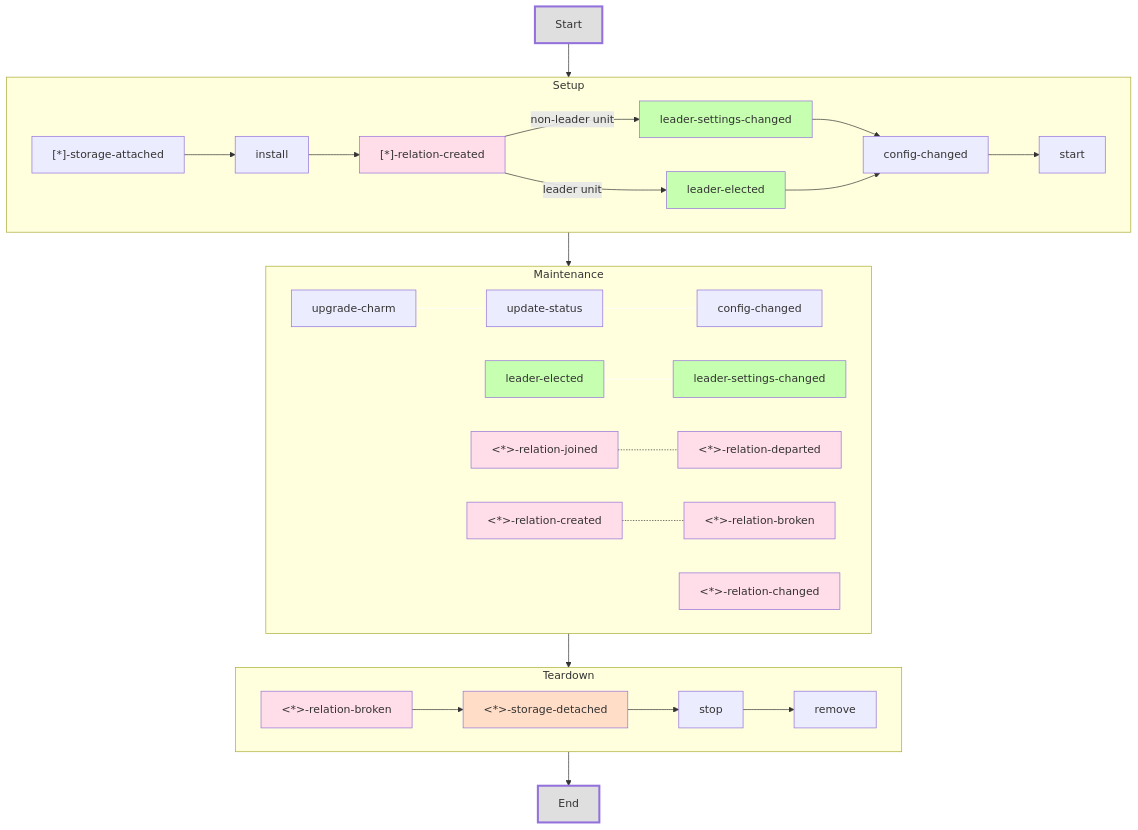
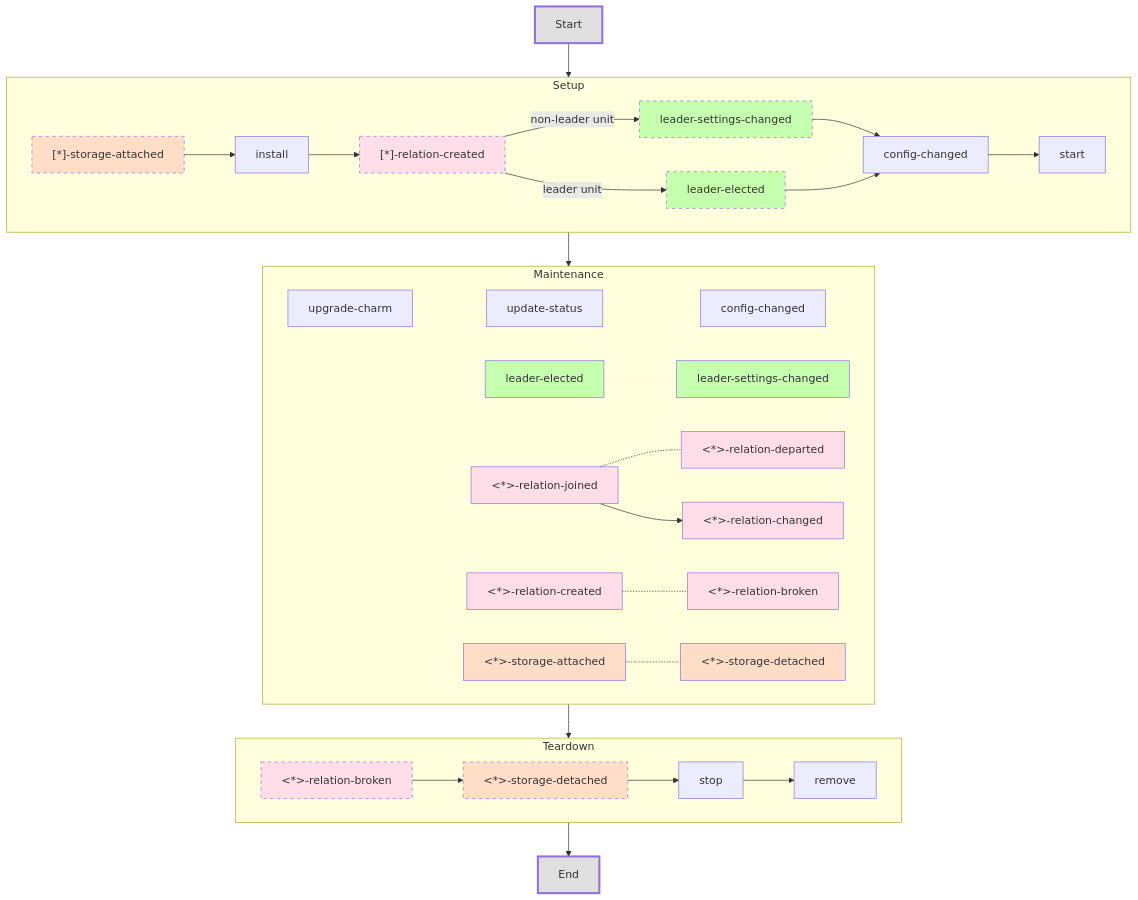
Before and after one commit to canonical/charm-events: the first of 2 diagrams in README.md, drawn with Mermaid. The commit also changed other lines of this file, not shown here.

````diff
--- a/README.md
+++ b/README.md
@@ -5,45 +5,50 @@
 ```mermaid
 flowchart TD
     subgraph Setup
-        storage_attached["[*]-storage-attached"] --> install
-        install --> relation_created["[*]-relation-created"]:::relationEvent
-        relation_created --> |leader unit|leader_elected[leader-elected]:::leaderEvent
-        relation_created --> |non-leader unit|leader_settings_changed[leader-settings-changed]:::leaderEvent
+        storage_attached["[*]-storage-attached"]:::optStorageEvent --> install
+        install --> relation_created["[*]-relation-created"]:::optRelationEvent
+        relation_created --> |leader unit|leader_elected[leader-elected]:::optLeaderEvent
+        relation_created --> |non-leader unit|leader_settings_changed[leader-settings-changed]:::optLeaderEvent
         leader_settings_changed --> config_changed[config-changed]
         leader_elected --> config_changed[config-changed]
         config_changed --> start
     end
 
     subgraph Maintenance
         upgrade_charm[upgrade-charm] --- 
         update_status[update-status] ---
         config_changed_mant[config-changed] 
         leader_elected_mant[leader-elected]:::leaderEvent --- 
         leader_settings_changed_mant[leader-settings-changed]:::leaderEvent
         relation_joined_mant[<*>-relation-joined]:::relationEvent -.- relation_departed_mant[<*>-relation-departed]:::relationEvent
-        relation_created_mant[<*>-relation-created]:::relationEvent -.- relation_broken_mant[<*>-relation-broken]:::relationEvent
-        relation_changed_mant[<*>-relation-changed]:::relationEvent
+        relation_joined_mant --> relation_changed_mant[<*>-relation-changed]:::relationEvent 
+        relation_created_mant[<*>-relation-created]:::relationEvent -.- relation_broken_mant[<*>-relation-broken]:::relationEvent 
+        storage_attached_mant[<*>-storage-attached]:::storageEvent -.- storage_detached_mant[<*>-storage-detached]:::storageEvent
     end
     
     subgraph Teardown
-        relation_broken_teard[<*>-relation-broken]:::relationEvent -->
-        storage_detached[<*>-storage-detached]:::storageEvent -->
+        relation_broken_teard[<*>-relation-broken]:::optRelationEvent -->
+        storage_detached[<*>-storage-detached]:::optStorageEvent -->
         stop -->
         remove
     end
     
     Start:::meta --> 
     Setup --> 
     Maintenance --> 
     Teardown --> 
     End:::meta
 
 linkStyle 7 stroke:#fff,stroke-width:1px;
 linkStyle 8 stroke:#fff,stroke-width:1px;
 linkStyle 9 stroke:#fff,stroke-width:1px;
 
 classDef relationEvent fill:#f9f5;
 classDef storageEvent fill:#f995;
 classDef leaderEvent fill:#5f55;
 classDef meta fill:#1112,stroke-width:3px;
+
+classDef optRelationEvent fill:#f9f5,stroke-dasharray: 5 5;
+classDef optStorageEvent fill:#f995,stroke-dasharray: 5 5;
+classDef optLeaderEvent fill:#5f55,stroke-dasharray: 5 5;
 ```
````
